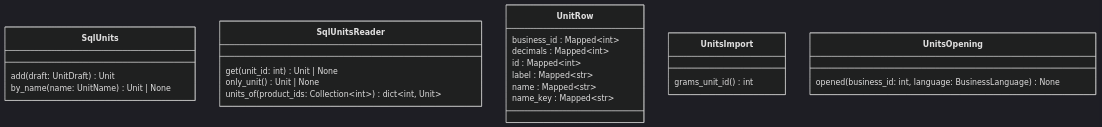
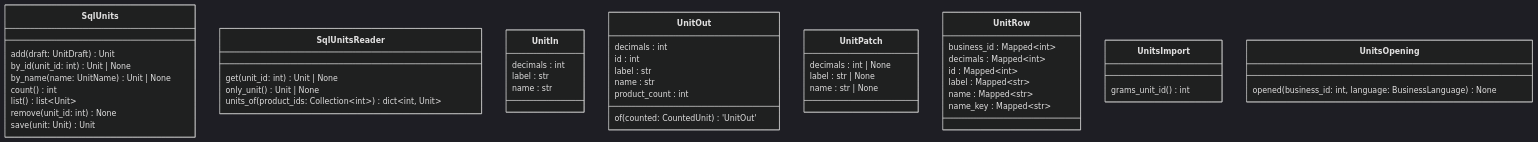
The fourth of 4 diagrams in docs/architecture/generated/classes/units.md (GonzaloZevallos/apostrophe), drawn with Mermaid (dark theme) before and after one commit. The commit also changed other lines of this file and 4 other files, not shown here.

Commit message:
Regenerate the API and architecture docs for the units routes

````diff
--- a/docs/architecture/generated/classes/units.md
+++ b/docs/architecture/generated/classes/units.md
@@ -96,26 +135,49 @@
 ```mermaid
 classDiagram
   class SqlUnits {
     add(draft: UnitDraft) Unit
+    by_id(unit_id: int) Unit #124; None
     by_name(name: UnitName) Unit #124; None
+    count() int
+    list() list~Unit~
+    remove(unit_id: int) None
+    save(unit: Unit) Unit
   }
   class SqlUnitsReader {
     get(unit_id: int) Unit #124; None
     only_unit() Unit #124; None
     units_of(product_ids: Collection~int~) dict~int, Unit~
+  }
+  class UnitIn {
+    decimals : int
+    label : str
+    name : str
+  }
+  class UnitOut {
+    decimals : int
+    id : int
+    label : str
+    name : str
+    product_count : int
+    of(counted: CountedUnit) 'UnitOut'
+  }
+  class UnitPatch {
+    decimals : int #124; None
+    label : str #124; None
+    name : str #124; None
   }
   class UnitRow {
     business_id : Mapped~int~
     decimals : Mapped~int~
     id : Mapped~int~
     label : Mapped~str~
     name : Mapped~str~
     name_key : Mapped~str~
   }
   class UnitsImport {
     grams_unit_id() int
   }
   class UnitsOpening {
     opened(business_id: int, language: BusinessLanguage) None
   }
 ```
````
